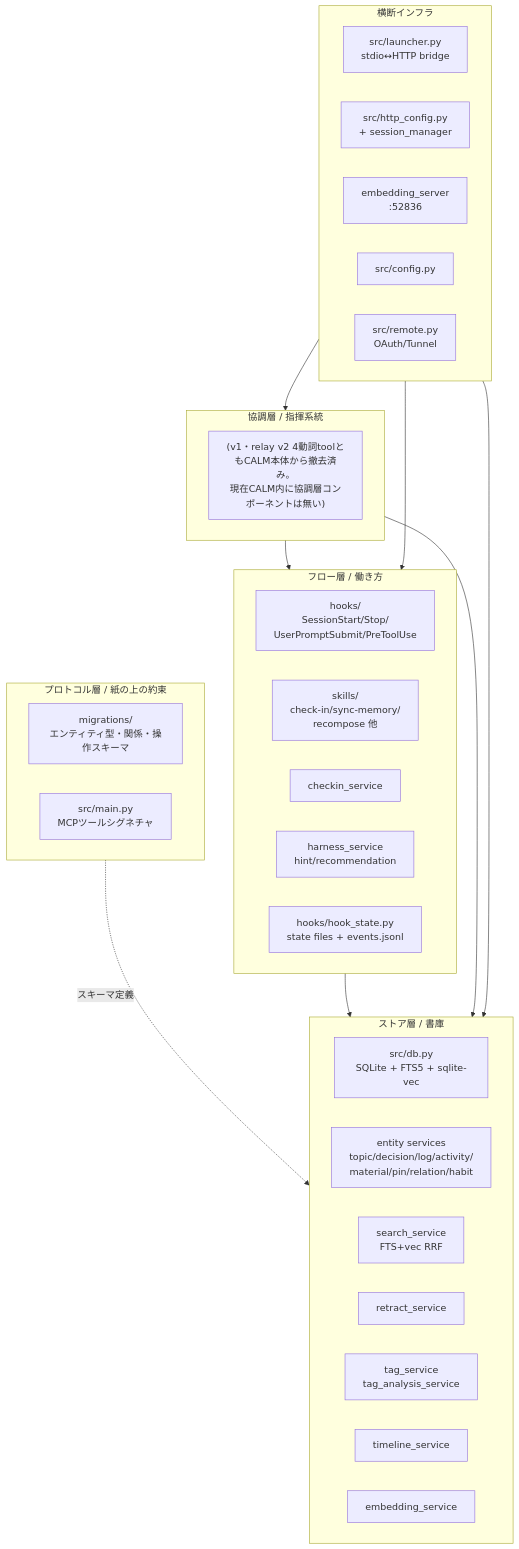
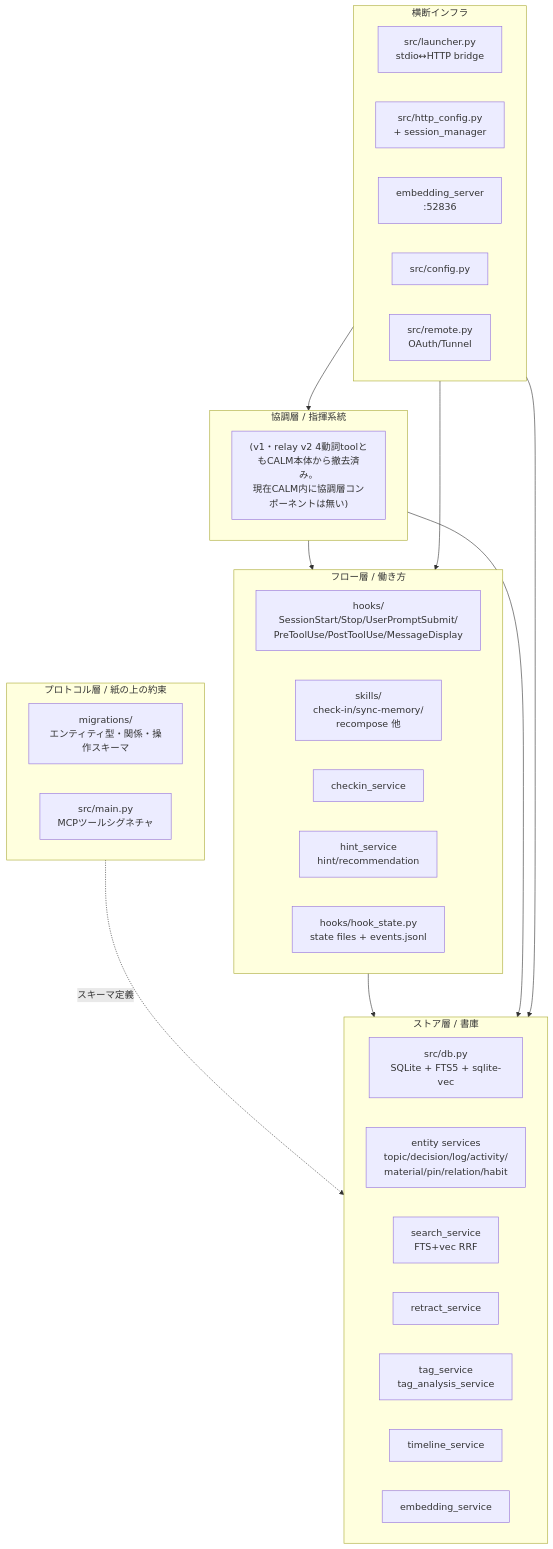
Before and after one commit to isizono/calm: the first of 2 diagrams in docs/architecture/components.md, drawn with Mermaid. The commit also changed other lines of this file and 1 other file, not shown here.

````diff
--- a/docs/architecture/components.md
+++ b/docs/architecture/components.md
@@ -23,45 +23,45 @@
 ```mermaid
 graph TB
     subgraph Protocol["プロトコル層 / 紙の上の約束"]
         Migrations["migrations/<br/>エンティティ型・関係・操作スキーマ"]
         MCPSchema["src/main.py<br/>MCPツールシグネチャ"]
     end
 
     subgraph Store["ストア層 / 書庫"]
         DB["src/db.py<br/>SQLite + FTS5 + sqlite-vec"]
         EntityServices["entity services<br/>topic/decision/log/activity/<br/>material/pin/relation/habit"]
         SearchService["search_service<br/>FTS+vec RRF"]
         RetractService["retract_service"]
         TagService["tag_service<br/>tag_analysis_service"]
         TimelineService["timeline_service"]
         EmbeddingService["embedding_service"]
     end
 
     subgraph Flow["フロー層 / 働き方"]
-        Hooks["hooks/<br/>SessionStart/Stop/<br/>UserPromptSubmit/PreToolUse"]
+        Hooks["hooks/<br/>SessionStart/Stop/UserPromptSubmit/<br/>PreToolUse/PostToolUse/MessageDisplay"]
         Skills["skills/<br/>check-in/sync-memory/<br/>recompose 他"]
         CheckinService["checkin_service"]
-        HarnessService["harness_service<br/>hint/recommendation"]
+        HintService["hint_service<br/>hint/recommendation"]
         HookState["hooks/hook_state.py<br/>state files + events.jsonl"]
     end
 
     subgraph Coord["協調層 / 指揮系統"]
         RelayV2["(v1・relay v2 4動詞toolともCALM本体から撤去済み。<br/>現在CALM内に協調層コンポーネントは無い)"]
     end
 
     subgraph Infra["横断インフラ"]
         Launcher["src/launcher.py<br/>stdio↔HTTP bridge"]
         HTTPServer["src/http_config.py<br/>+ session_manager"]
         EmbeddingServer["embedding_server<br/>:52836"]
         Config["src/config.py"]
         Remote["src/remote.py<br/>OAuth/Tunnel"]
     end
 
     Protocol -.スキーマ定義.-> Store
     Flow --> Store
     Coord --> Store
     Coord --> Flow
     Infra --> Store
     Infra --> Flow
     Infra --> Coord
 ```
````
